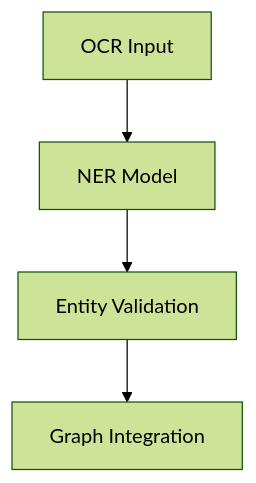
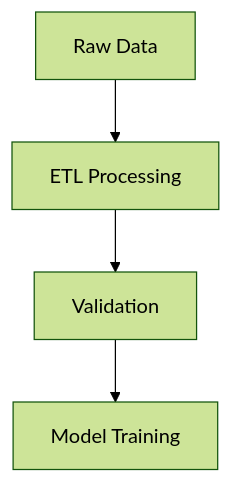
Before and after one commit to bartytime4life/Kansas-Frontier-Matrix: the diagram in docs/templates/experiment.md, drawn with Mermaid (forest theme). The commit also changed other lines of this file, not shown here.

````diff
--- a/docs/templates/experiment.md
+++ b/docs/templates/experiment.md
@@ -130,6 +139,6 @@
 ```mermaid
 flowchart TD
-    A["OCR Input"] --> B["NER Model"]
-    B["NER Model"] --> C["Entity Validation"]
-    C["Entity Validation"] --> D["Graph Integration"]
+    A["Raw Data"] --> B["ETL Processing"]
+    B["ETL Processing"] --> C["Validation"]
+    C --> D["Model Training"]
 ```
````
